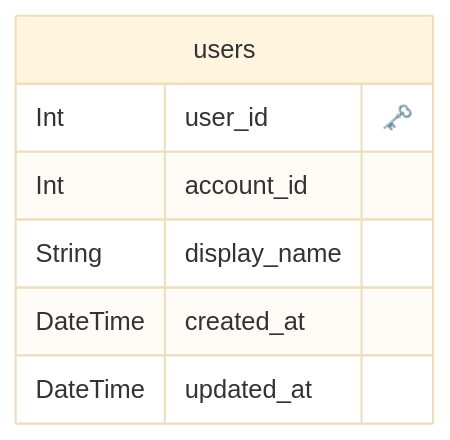
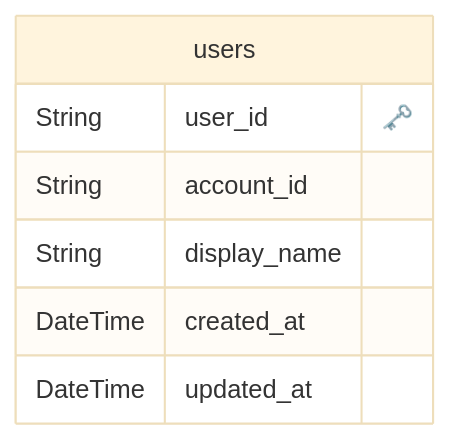
Before and after one commit to Geek-Teck-Mentors/trend_diary: the diagram in prisma/ERD.md, drawn with Mermaid (base theme). The commit also changed 4 other files, not shown here.

````diff
--- a/prisma/ERD.md
+++ b/prisma/ERD.md
@@ -1,12 +1,12 @@
 ```mermaid
 erDiagram
 
   "users" {
-    Int user_id "🗝️"
-    Int account_id 
+    String user_id "🗝️"
+    String account_id 
     String display_name 
     DateTime created_at 
     DateTime updated_at 
     }
   
 ```
````
